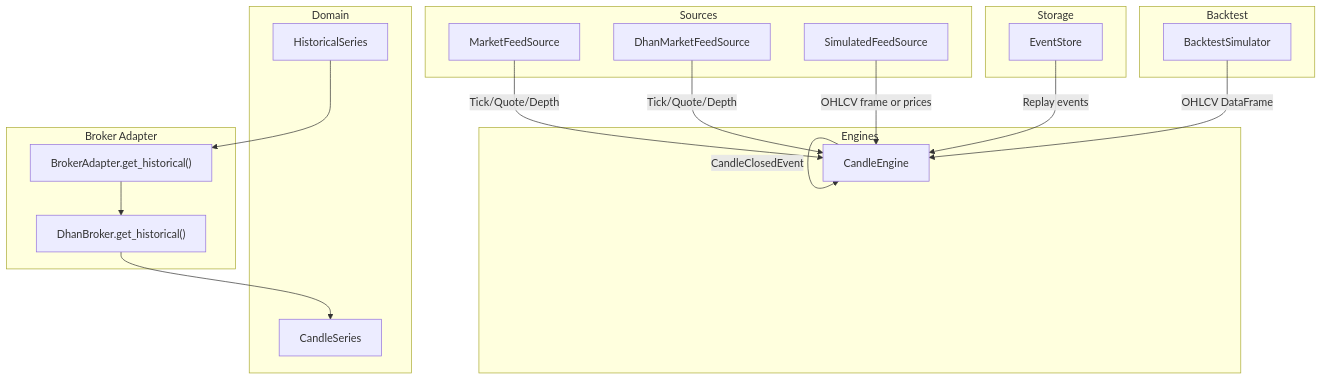
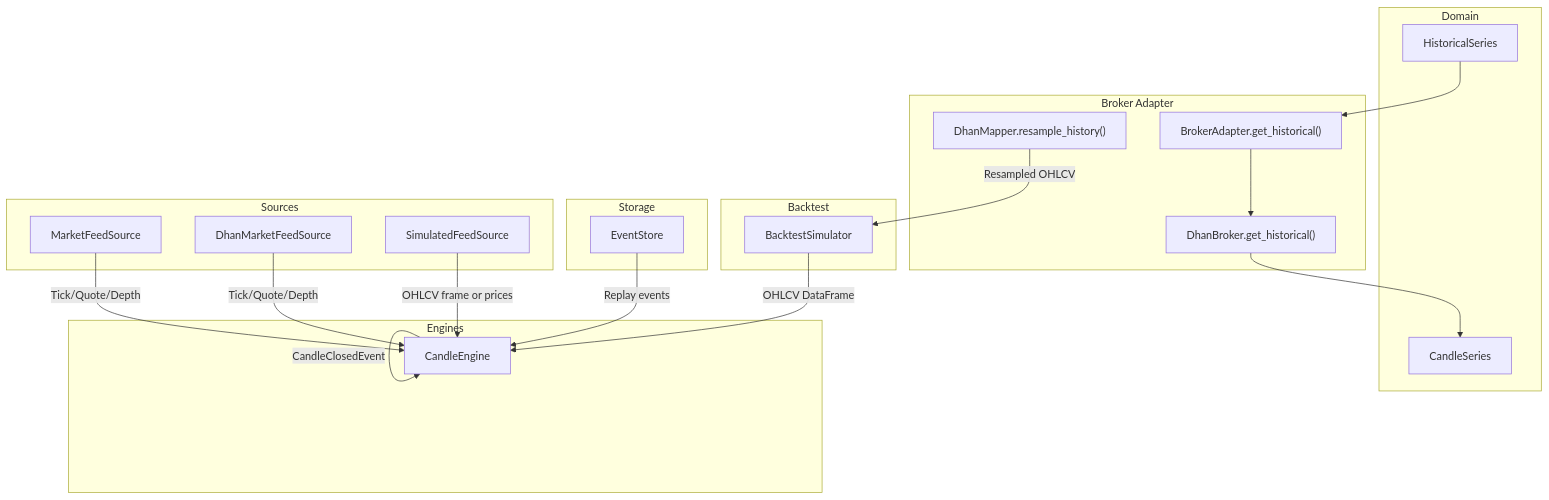
Before and after one commit to Ganesh-Kusundal/nTrade: the first of 11 diagrams in .qoder/repowiki/en/content/Market Data/Historical Data.md, drawn with Mermaid. The commit also changed other lines of this file and 203 other files, not shown here.

````diff
--- a/.qoder/repowiki/en/content/Market Data/Historical Data.md
+++ b/.qoder/repowiki/en/content/Market Data/Historical Data.md
@@ -44,35 +54,37 @@
 ```mermaid
 graph TB
 subgraph "Domain"
 HS["HistoricalSeries"]
 CS["CandleSeries"]
 end
 subgraph "Broker Adapter"
 BA["BrokerAdapter.get_historical()"]
 DB["DhanBroker.get_historical()"]
+DM["DhanMapper.resample_history()"]
 end
 subgraph "Engines"
 CE["CandleEngine"]
 end
 subgraph "Sources"
 MFS["MarketFeedSource"]
 DFS["DhanMarketFeedSource"]
 SFS["SimulatedFeedSource"]
 end
 subgraph "Storage"
 ES["EventStore"]
 end
 subgraph "Backtest"
 BS["BacktestSimulator"]
 end
 HS --> BA
 BA --> DB
 DB --> CS
 CE --> |"TickEvent"| CE
 CE --> |"CandleClosedEvent"| CE
 MFS --> |"Tick/Quote/Depth"| CE
 DFS --> |"Tick/Quote/Depth"| CE
 SFS --> |"OHLCV frame or prices"| CE
 ES --> |"Replay events"| CE
 BS --> |"OHLCV DataFrame"| CE
+DM --> |"Resampled OHLCV"| BS
 ```
````
